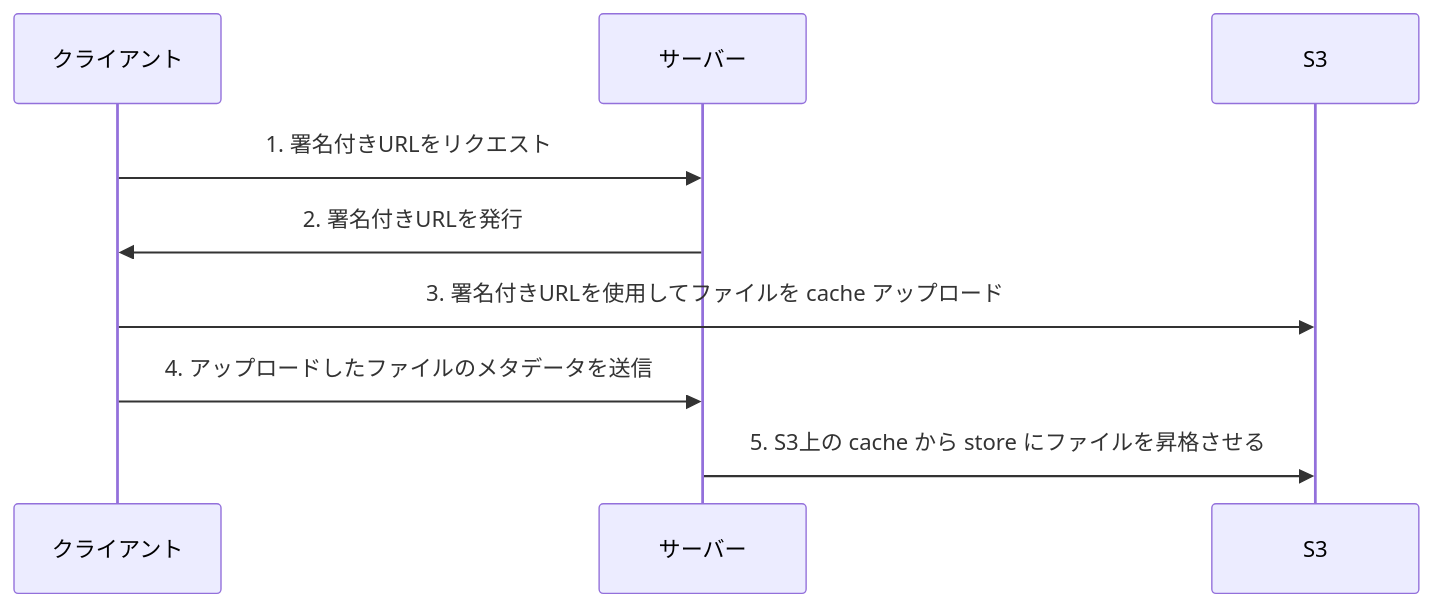
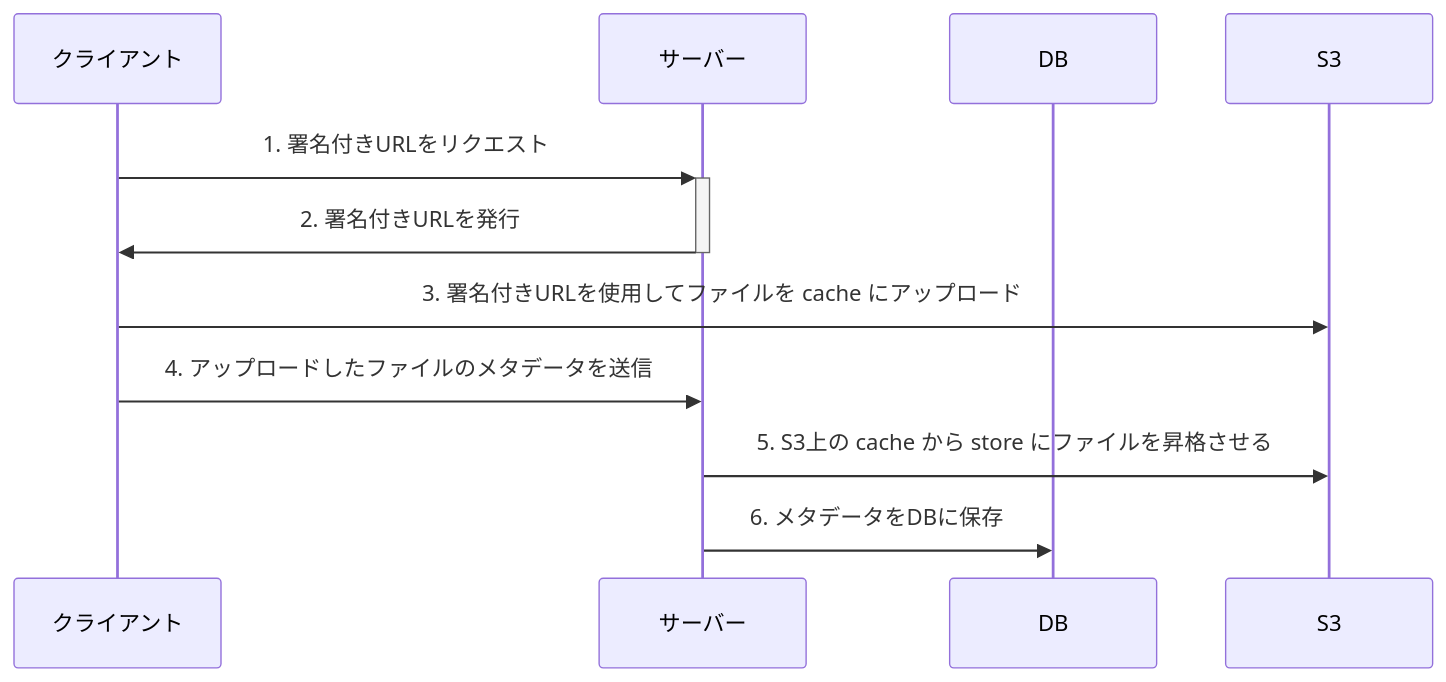
One commit to MorrisFreeman/direct-upload-demo changed the diagram in README.md. Above: the diagram before and after it, drawn with Mermaid.

Commit message:
readme修正

````diff
--- a/README.md
+++ b/README.md
@@ -3,12 +3,15 @@
 ```mermaid
 sequenceDiagram
     participant Client as クライアント
     participant Server as サーバー
+    participant DB as DB
     participant S3 as S3
 
-    Client->>Server: 1. 署名付きURLをリクエスト
-    Server->>Client: 2. 署名付きURLを発行
-    Client->>S3: 3. 署名付きURLを使用してファイルを cache アップロード
+
+    Client->>+Server: 1. 署名付きURLをリクエスト
+    Server->>-Client: 2. 署名付きURLを発行
+    Client->>S3: 3. 署名付きURLを使用してファイルを cache にアップロード
     Client->>Server: 4. アップロードしたファイルのメタデータを送信
     Server->>S3: 5. S3上の cache から store にファイルを昇格させる
+    Server->>DB: 6. メタデータをDBに保存
 ```
````
